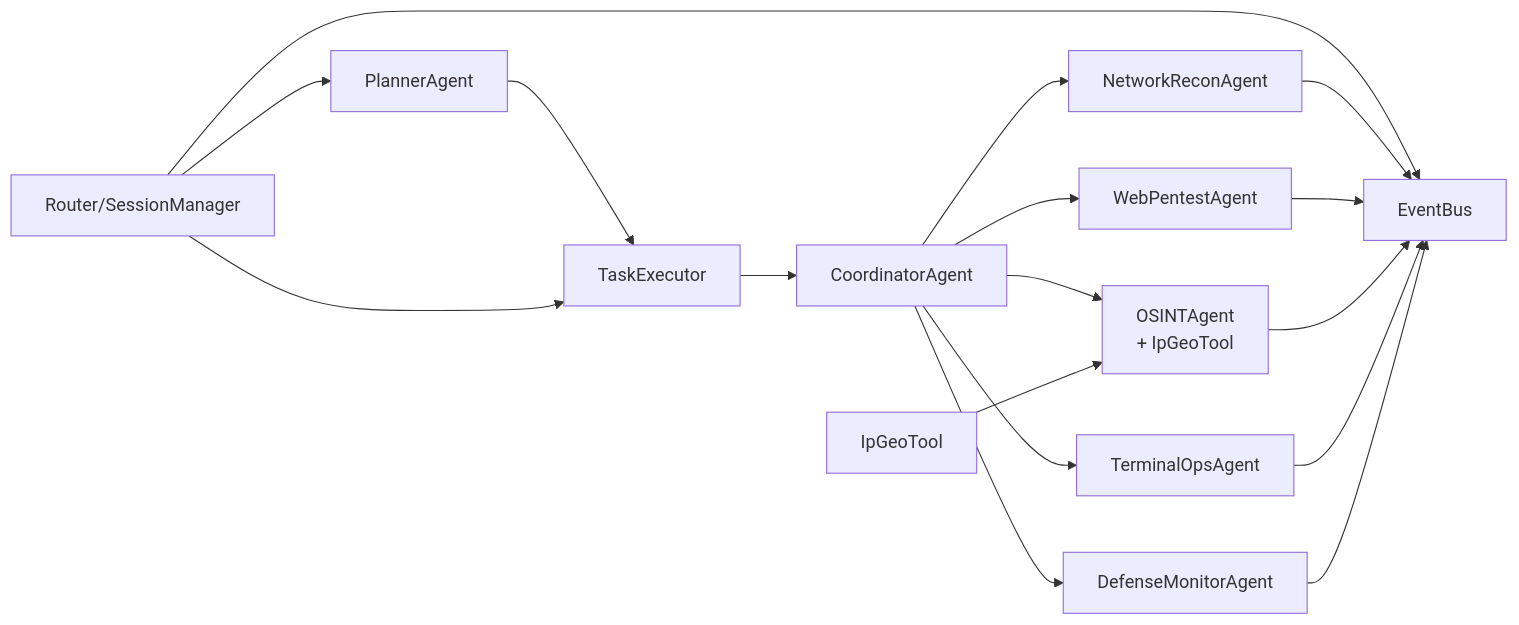
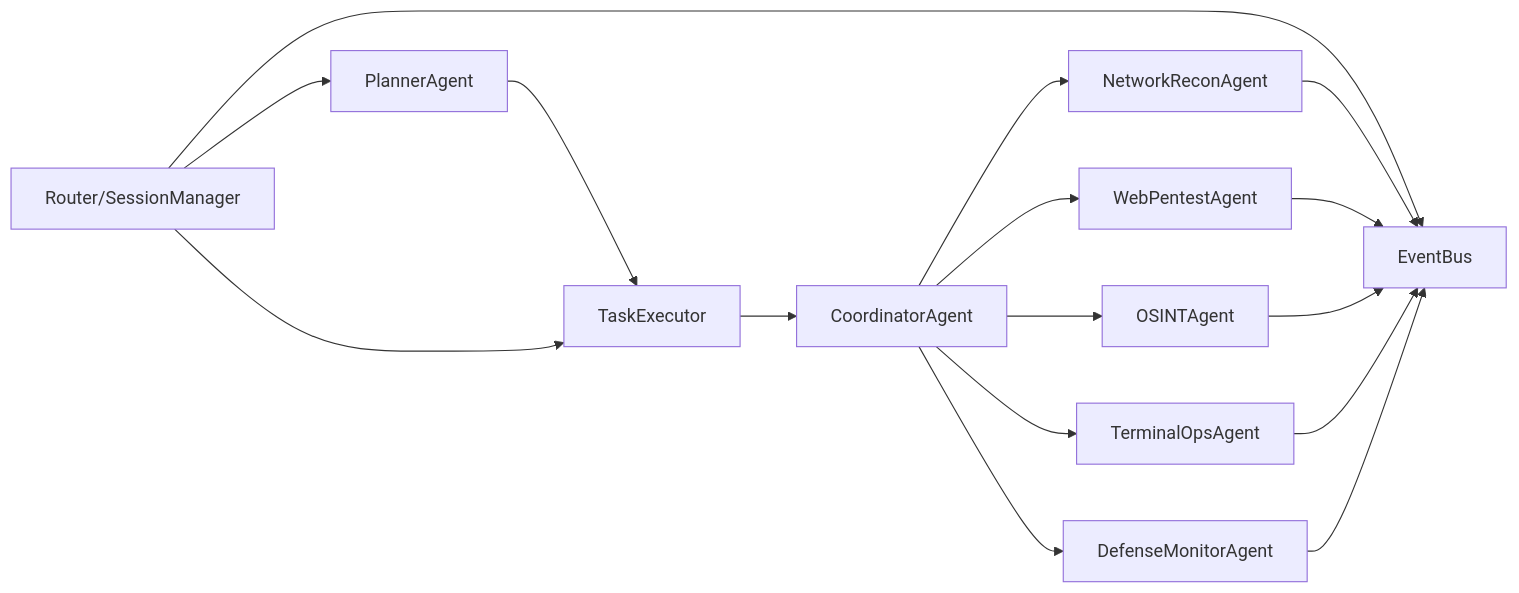
Before and after one commit to iammm0/secbot: the seventh of 7 diagrams in .qoder/repowiki/zh/content/项目概述/核心功能特性/多智能体协作系统/多智能体协作系统.md, drawn with Mermaid. The commit also changed other lines of this file and 47 other files, not shown here.

````diff
--- a/.qoder/repowiki/zh/content/项目概述/核心功能特性/多智能体协作系统/多智能体协作系统.md
+++ b/.qoder/repowiki/zh/content/项目概述/核心功能特性/多智能体协作系统/多智能体协作系统.md
@@ -396,19 +355,18 @@
 ```mermaid
 graph LR
 Coord["CoordinatorAgent"] --> Net["NetworkReconAgent"]
 Coord --> Web["WebPentestAgent"]
-Coord --> OSINT["OSINTAgent<br/>+ IpGeoTool"]
+Coord --> OSINT["OSINTAgent"]
 Coord --> Term["TerminalOpsAgent"]
 Coord --> Def["DefenseMonitorAgent"]
 Executor["TaskExecutor"] --> Coord
 Planner["PlannerAgent"] --> Executor
 Router["Router/SessionManager"] --> Planner
 Router --> Executor
 Router --> EventBus["EventBus"]
 Net --> EventBus
 Web --> EventBus
 OSINT --> EventBus
 Term --> EventBus
 Def --> EventBus
-IpGeoTool["IpGeoTool"] --> OSINT
 ```
````
